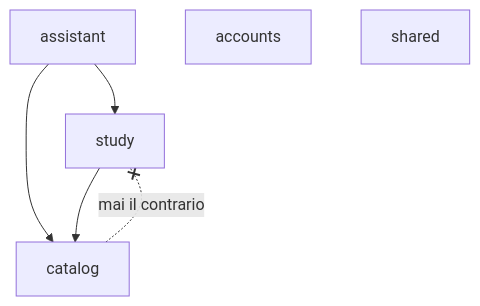
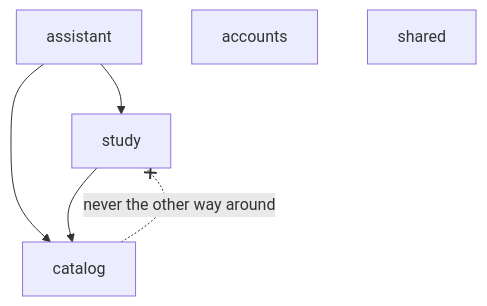
One commit to jackw1-tech/FlashCardApp changed the second of 8 diagrams in README.md. Above: the diagram before and after it, drawn with Mermaid. The commit also changed other lines of this file, not shown here.

````diff
--- a/README.md
+++ b/README.md
@@ -125,9 +125,9 @@
 ```mermaid
 flowchart TD
     assistant --> study
     assistant --> catalog
     study --> catalog
     accounts
     shared
-    catalog -. "mai il contrario" .-x study
+    catalog -. "never the other way around" .-x study
 ```
````
